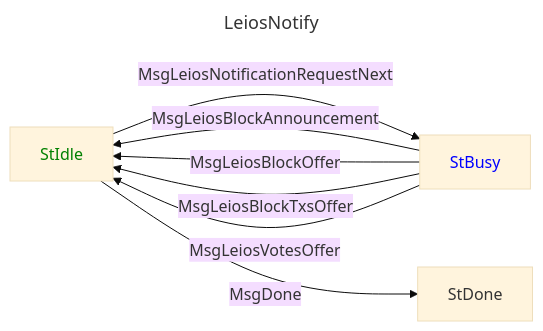
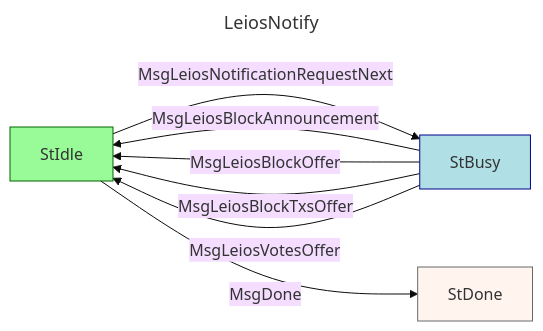
The first of 2 diagrams in CIP-0164/README.md (cardano-foundation/CIPs), drawn with Mermaid (base theme) before and after one commit. The commit also changed other lines of this file and 1 other file, not shown here.

````diff
--- a/CIP-0164/README.md
+++ b/CIP-0164/README.md
@@ -1212,16 +1216,17 @@
 ```mermaid
 ---
 title: LeiosNotify
 ---
 graph LR
-   style StIdle color:green;
-   style StBusy color:blue;
+   style StIdle fill:PaleGreen,stroke:DarkGreen;
+   style StBusy fill:PowderBlue,stroke:DarkBlue;
+   style StDone fill:SeaShell,stroke:DimGray;
 
    StIdle -->|MsgLeiosNotificationRequestNext| StBusy
    StBusy -->|MsgLeiosBlockAnnouncement| StIdle
    StBusy -->|MsgLeiosBlockOffer| StIdle
    StBusy -->|MsgLeiosBlockTxsOffer| StIdle
    StBusy -->|MsgLeiosVotesOffer| StIdle
 
    StIdle -->|MsgDone| StDone
 ```
````
